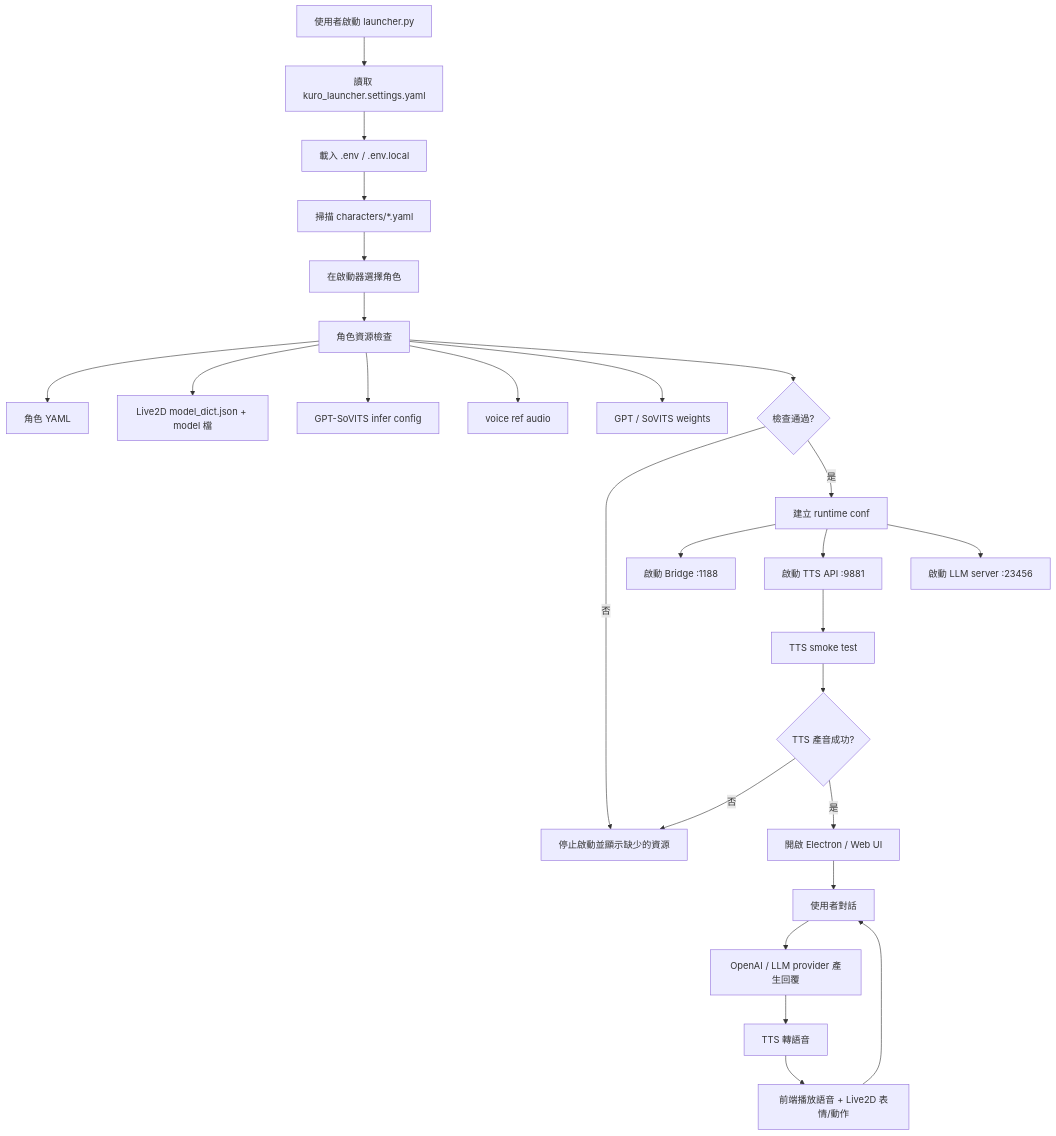
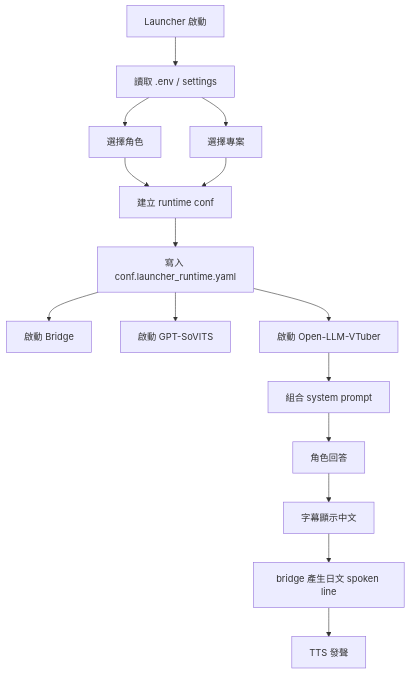
One commit to lulu930128/desktop-agent-runtime changed the diagram in README.md. Above: the diagram before and after it, drawn with Mermaid. The commit also changed other lines of this file and 21 other files, not shown here.

Commit message:
Refactor launcher and prompt project layering

````diff
--- a/README.md
+++ b/README.md
@@ -31,33 +119,17 @@
 ```mermaid
 flowchart TD
-    A["使用者啟動 launcher.py"] --> B["讀取 kuro_launcher.settings.yaml"]
-    B --> C["載入 .env / .env.local"]
-    C --> D["掃描 characters/*.yaml"]
-    D --> E["在啟動器選擇角色"]
-
-    E --> F["角色資源檢查"]
-    F --> F1["角色 YAML"]
-    F --> F2["Live2D model_dict.json + model 檔"]
-    F --> F3["GPT-SoVITS infer config"]
-    F --> F4["voice ref audio"]
-    F --> F5["GPT / SoVITS weights"]
-
-    F --> G{檢查通過?}
-    G -- 否 --> H["停止啟動並顯示缺少的資源"]
-    G -- 是 --> I["建立 runtime conf"]
-
-    I --> J["啟動 Bridge :1188"]
-    I --> K["啟動 TTS API :9881"]
-    I --> L["啟動 LLM server :23456"]
-
-    K --> M["TTS smoke test"]
-    M --> N{TTS 產音成功?}
-    N -- 否 --> H
-    N -- 是 --> O["開啟 Electron / Web UI"]
-
-    O --> P["使用者對話"]
-    P --> Q["OpenAI / LLM provider 產生回覆"]
-    Q --> R["TTS 轉語音"]
-    R --> S["前端播放語音 + Live2D 表情/動作"]
-    S --> P
+    A["Launcher 啟動"] --> B["讀取 .env / settings"]
+    B --> C["選擇角色"]
+    B --> D["選擇專案"]
+    C --> E["建立 runtime conf"]
+    D --> E
+    E --> F["寫入 conf.launcher_runtime.yaml"]
+    F --> G["啟動 Bridge"]
+    F --> H["啟動 GPT-SoVITS"]
+    F --> I["啟動 Open-LLM-VTuber"]
+    I --> J["組合 system prompt"]
+    J --> K["角色回答"]
+    K --> L["字幕顯示中文"]
+    L --> M["bridge 產生日文 spoken line"]
+    M --> N["TTS 發聲"]
 ```
````
